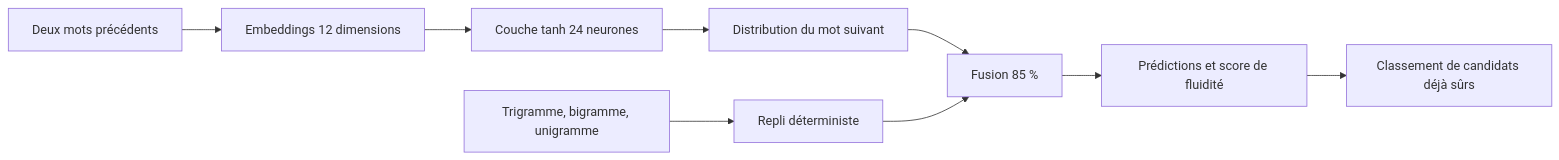
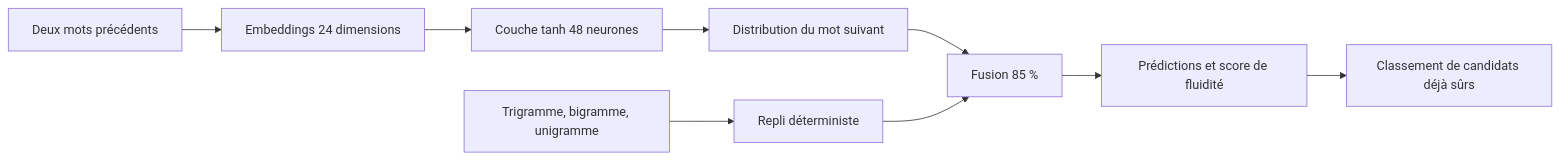
The sixth of 7 diagrams in docs/ARCHITECTURE.md (kaezerwatto/KORA), drawn with Mermaid before and after one commit. The commit also changed other lines of this file and 19 other files, not shown here.

````diff
--- a/docs/ARCHITECTURE.md
+++ b/docs/ARCHITECTURE.md
@@ -185,11 +185,11 @@
 ```mermaid
 flowchart LR
-    A[Deux mots précédents] --> B[Embeddings 12 dimensions]
-    B --> C[Couche tanh 24 neurones]
+    A[Deux mots précédents] --> B[Embeddings 24 dimensions]
+    B --> C[Couche tanh 48 neurones]
     C --> D[Distribution du mot suivant]
     E[Trigramme, bigramme, unigramme] --> F[Repli déterministe]
     D --> G[Fusion 85 %]
     F --> G
     G --> H[Prédictions et score de fluidité]
     H --> I[Classement de candidats déjà sûrs]
 ```
````
